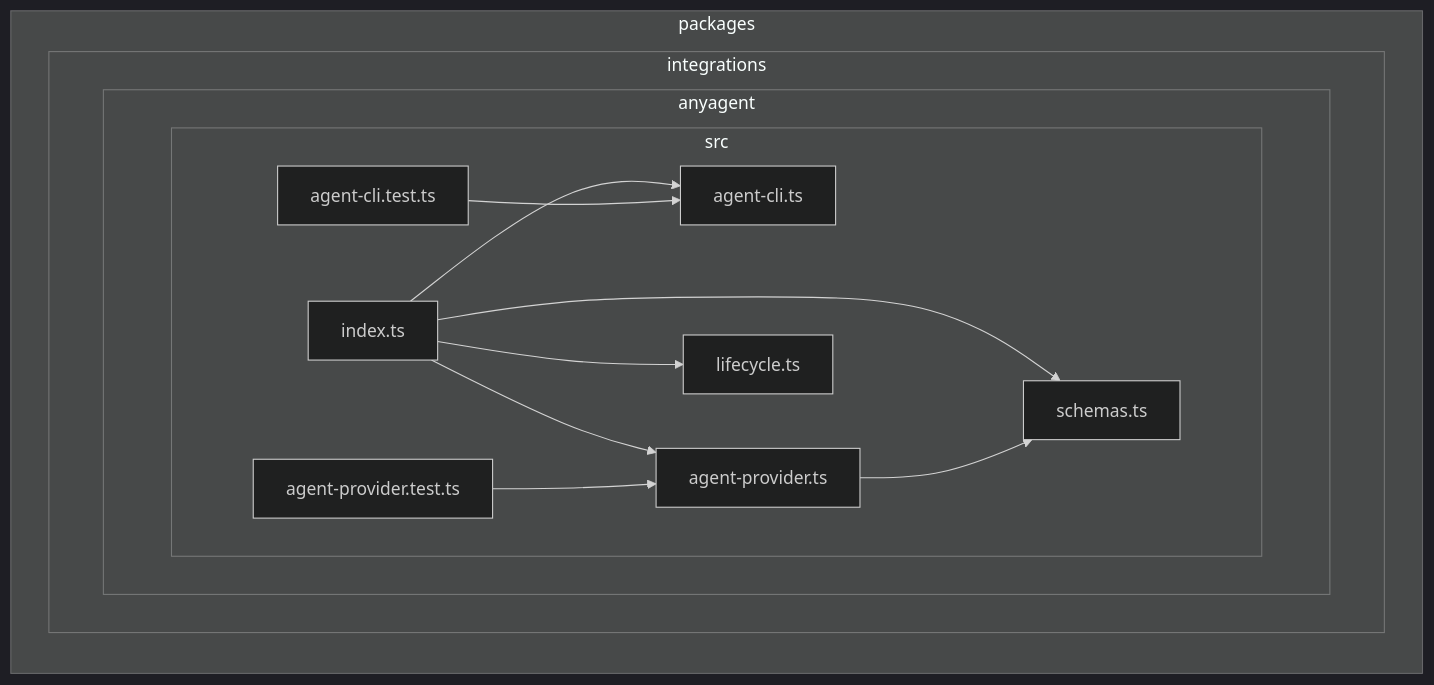
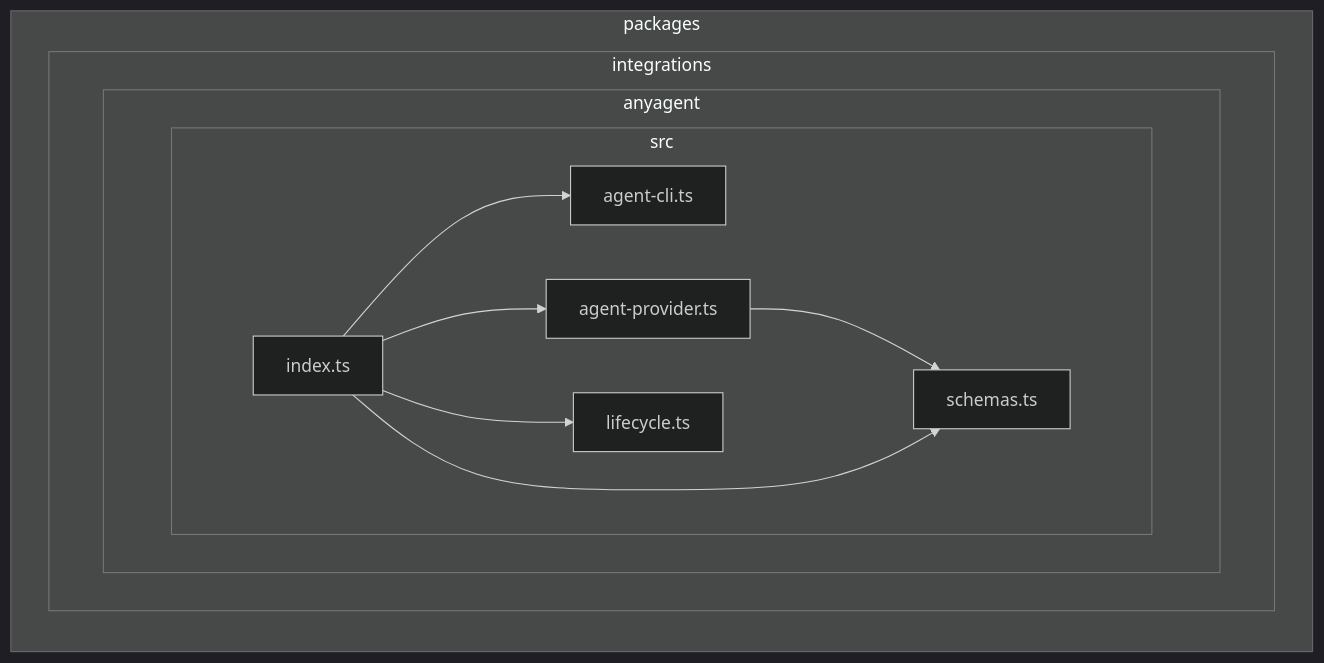
The fourth of 17 diagrams in docs/dependency-graph.md (juspay/kolu), drawn with Mermaid (dark theme) before and after one commit. The commit also changed other lines of this file and 1 other file, not shown here.

First line of the commit message:
chore(depcruise): cluster per-package graphs by subfolder, drop test files

````diff
--- a/docs/dependency-graph.md
+++ b/docs/dependency-graph.md
@@ -665,26 +270,22 @@
 ```mermaid
 flowchart LR
 
 subgraph packages["packages"]
   subgraph packages_integrations["integrations"]
     subgraph packages_integrations_anyagent["anyagent"]
       subgraph packages_integrations_anyagent_src["src"]
         packages_integrations_anyagent_src_agent_cli_ts["agent-cli.ts"]
+        packages_integrations_anyagent_src_agent_provider_ts["agent-provider.ts"]
+        packages_integrations_anyagent_src_index_ts["index.ts"]
+        packages_integrations_anyagent_src_lifecycle_ts["lifecycle.ts"]
         packages_integrations_anyagent_src_schemas_ts["schemas.ts"]
-        packages_integrations_anyagent_src_index_ts["index.ts"]
-        packages_integrations_anyagent_src_agent_provider_ts["agent-provider.ts"]
-        packages_integrations_anyagent_src_lifecycle_ts["lifecycle.ts"]
-        packages_integrations_anyagent_src_agent_cli_test_ts["agent-cli.test.ts"]
-        packages_integrations_anyagent_src_agent_provider_test_ts["agent-provider.test.ts"]
       end
     end
   end
 end
+packages_integrations_anyagent_src_agent_provider_ts-->packages_integrations_anyagent_src_schemas_ts
 packages_integrations_anyagent_src_index_ts-->packages_integrations_anyagent_src_agent_cli_ts
 packages_integrations_anyagent_src_index_ts-->packages_integrations_anyagent_src_agent_provider_ts
 packages_integrations_anyagent_src_index_ts-->packages_integrations_anyagent_src_lifecycle_ts
 packages_integrations_anyagent_src_index_ts-->packages_integrations_anyagent_src_schemas_ts
-packages_integrations_anyagent_src_agent_provider_ts-->packages_integrations_anyagent_src_schemas_ts
-packages_integrations_anyagent_src_agent_cli_test_ts-->packages_integrations_anyagent_src_agent_cli_ts
-packages_integrations_anyagent_src_agent_provider_test_ts-->packages_integrations_anyagent_src_agent_provider_ts
 ```
````
